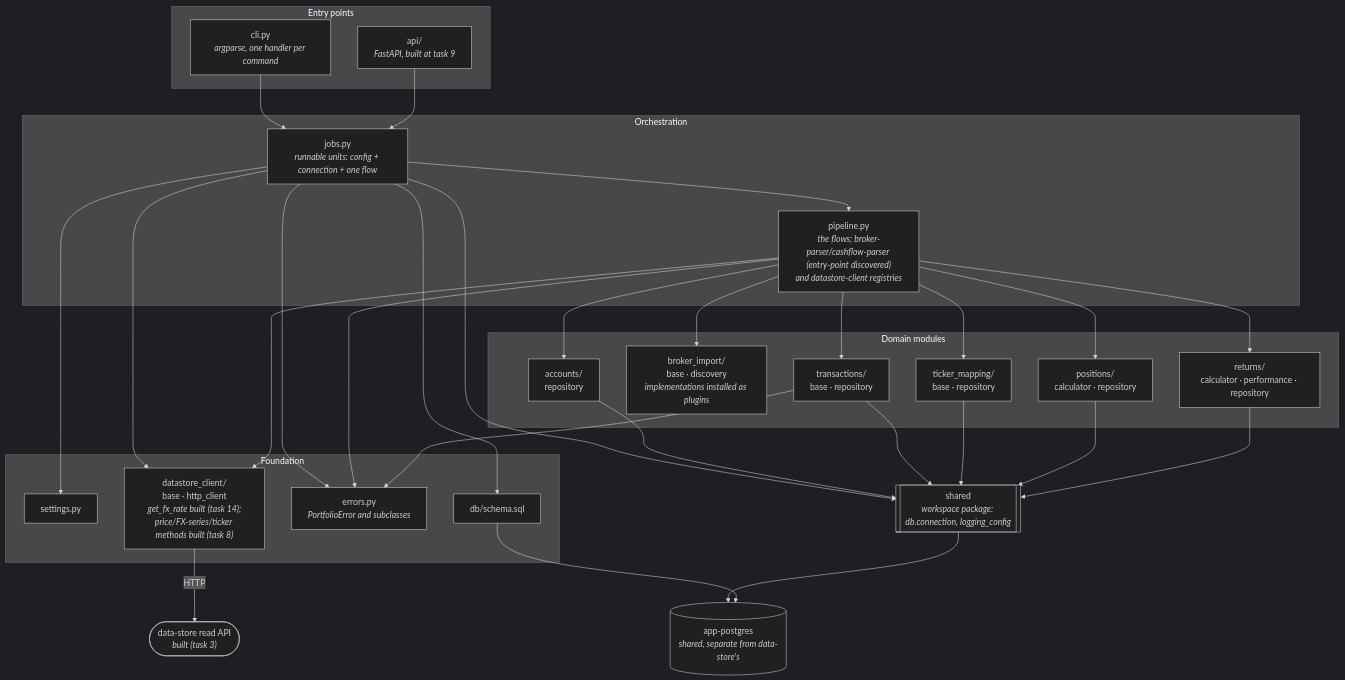
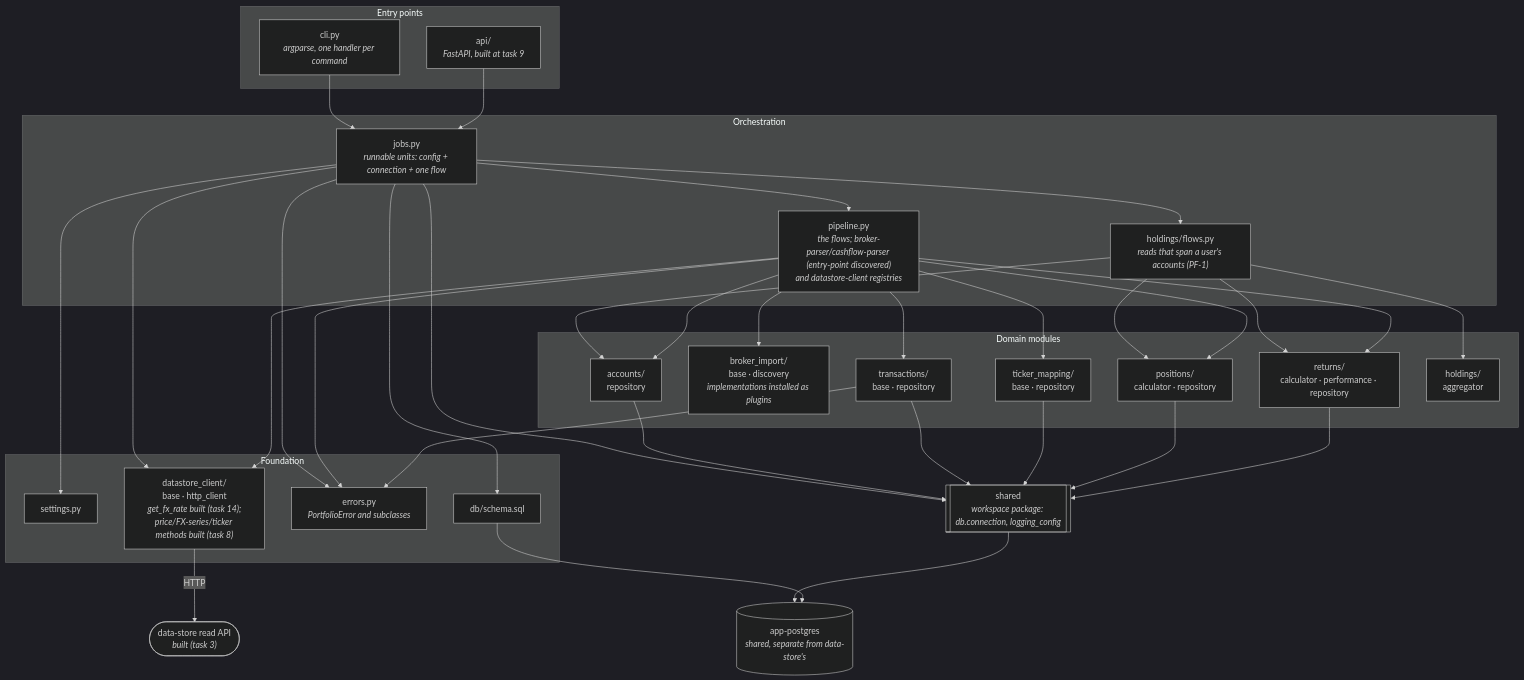
One commit to jpedropereira/Stakehold changed the first of 2 diagrams in services/portfolio/docs/architecture.md. Above: the diagram before and after it, drawn with Mermaid (dark theme). The commit also changed other lines of this file and 13 other files, not shown here.

First line of the commit message:
Serve holdings summed across a user's accounts (PF-1)

````diff
--- a/services/portfolio/docs/architecture.md
+++ b/services/portfolio/docs/architecture.md
@@ -59,58 +59,65 @@
 ```mermaid
 flowchart TD
     subgraph entry["Entry points"]
         CLI["cli.py<br/><i>argparse, one handler per command</i>"]
         API["api/<br/><i>FastAPI, built at task 9</i>"]
     end
 
     subgraph orch["Orchestration"]
         JOBS["jobs.py<br/><i>runnable units: config + connection + one flow</i>"]
         PIPE["pipeline.py<br/><i>the flows; broker-parser/cashflow-parser (entry-point discovered)<br/>and datastore-client registries</i>"]
+        HFLOW["holdings/flows.py<br/><i>reads that span a user's accounts (PF-1)</i>"]
     end
 
     subgraph domain["Domain modules"]
         ACC["accounts/<br/>repository"]
         IMP["broker_import/<br/>base · discovery<br/><i>implementations installed as plugins</i>"]
         MAP["ticker_mapping/<br/>base · repository"]
         TXN["transactions/<br/>base · repository"]
         POS["positions/<br/>calculator · repository"]
         RET["returns/<br/>calculator · performance · repository"]
+        HOLD["holdings/<br/>aggregator"]
     end
 
     subgraph found["Foundation"]
         SET["settings.py"]
         DB["db/schema.sql"]
         ERR["errors.py<br/><i>PortfolioError and subclasses</i>"]
         DSC["datastore_client/<br/>base · http_client<br/><i>get_fx_rate built (task 14);<br/>price/FX-series/ticker methods built (task 8)</i>"]
     end
 
     SH[["shared<br/><i>workspace package: db.connection, logging_config</i>"]]
     PG[("app-postgres<br/><i>shared, separate from data-store's</i>")]
     DSAPI(["data-store read API<br/><i>built (task 3)</i>"])
 
     CLI --> JOBS
     API --> JOBS
     JOBS --> PIPE
+    JOBS --> HFLOW
+    HFLOW --> ACC
+    HFLOW --> POS
+    HFLOW --> RET
+    HFLOW --> HOLD
     JOBS --> SET
     JOBS --> DB
     JOBS --> ERR
     JOBS --> DSC
     PIPE --> ACC
     PIPE --> IMP
     PIPE --> MAP
     PIPE --> TXN
     PIPE --> POS
     PIPE --> RET
     PIPE --> DSC
     PIPE --> ERR
     TXN --> ERR
     JOBS --> SH
     ACC --> SH
     TXN --> SH
     MAP --> SH
     POS --> SH
     RET --> SH
     SH --> PG
     DB --> PG
     DSC -->|HTTP| DSAPI
 ```
````
